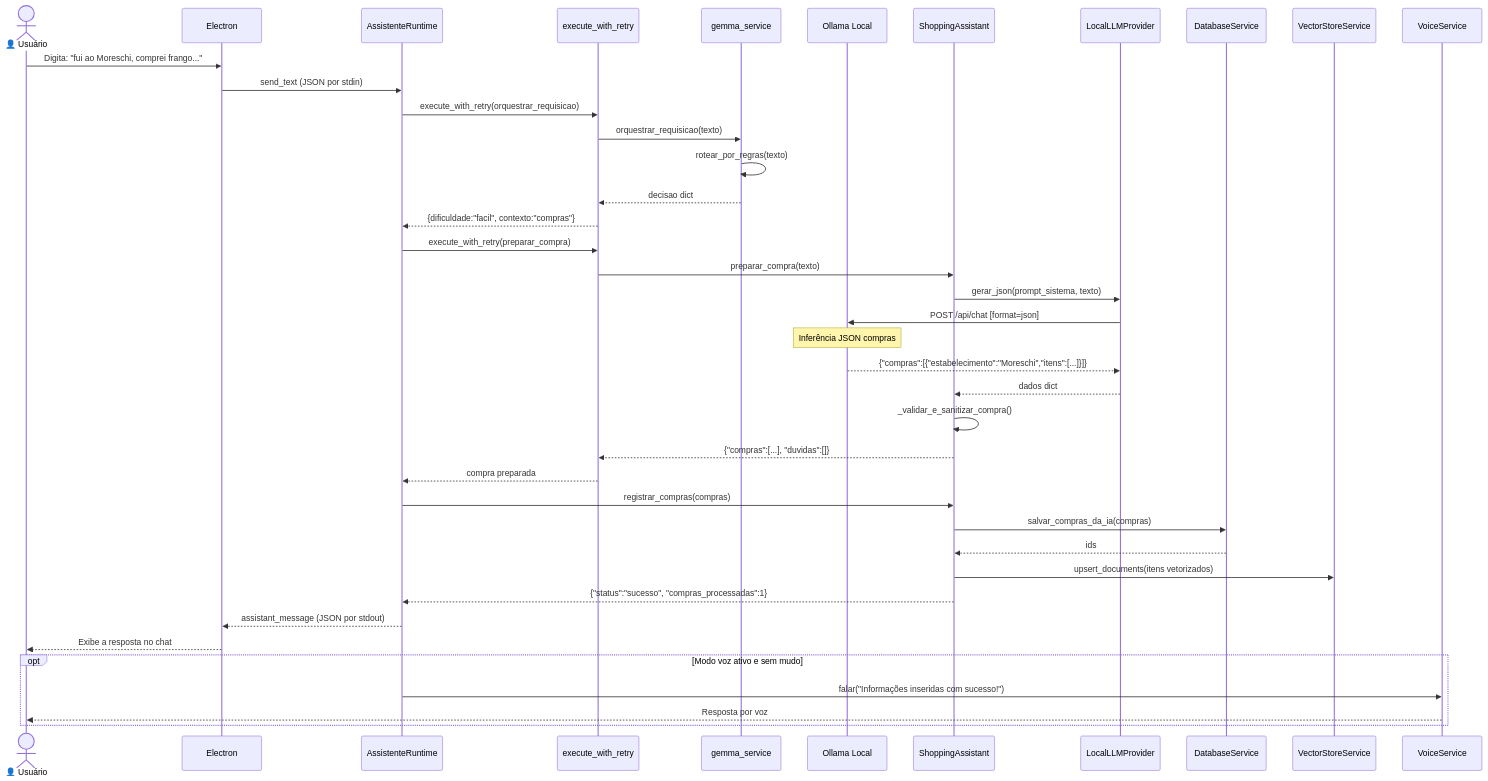
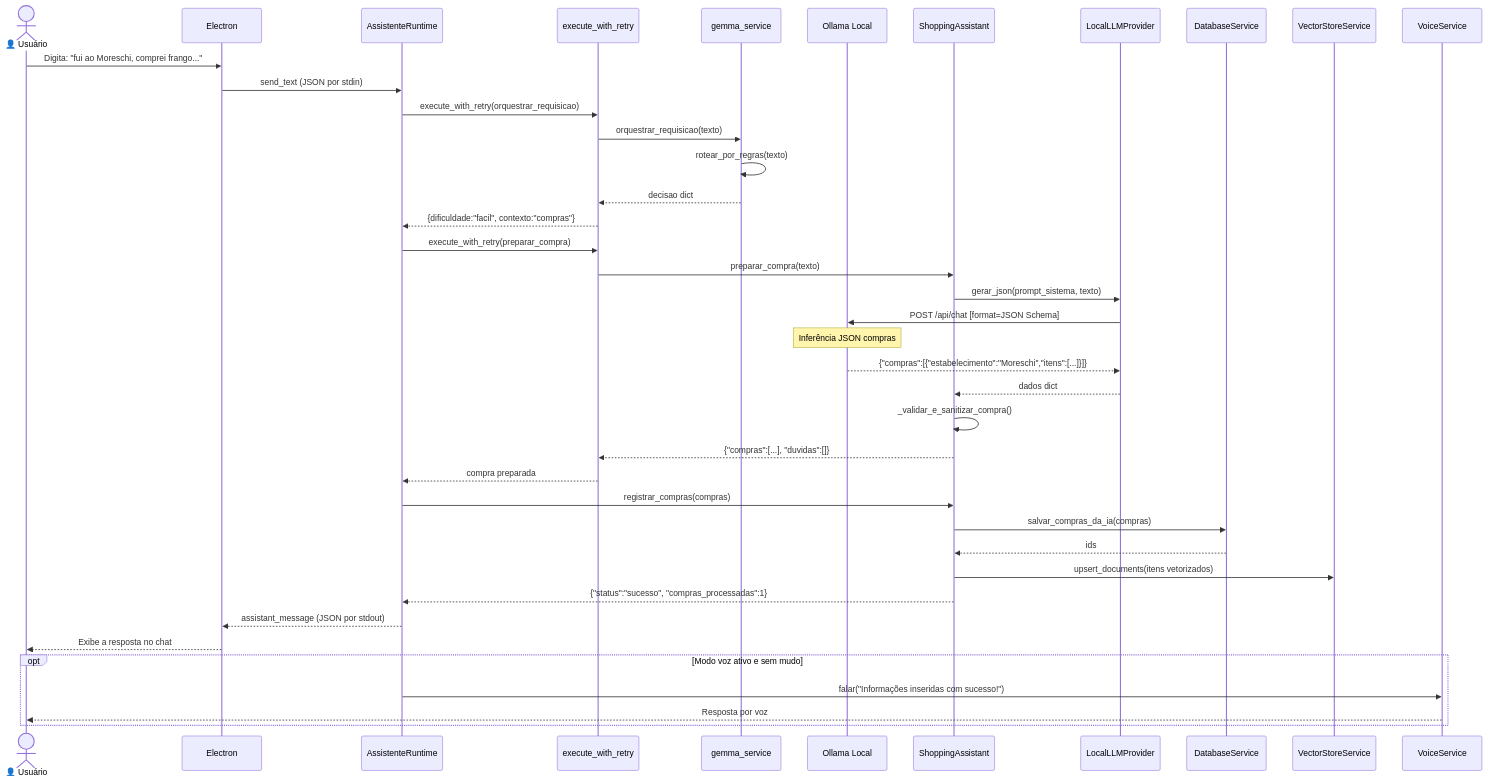
Before and after one commit to Felipe-Stu/assistente-domestico: the fourth of 5 diagrams in Sobre a Versão/05 - Engenharia do Software.md, drawn with Mermaid. The commit also changed other lines of this file and 8 other files, not shown here.

````diff
--- a/Sobre a Versão/05 - Engenharia do Software.md
+++ b/Sobre a Versão/05 - Engenharia do Software.md
@@ -166,46 +169,46 @@
 ```mermaid
 sequenceDiagram
     actor User as 👤 Usuário
     participant UI as Electron
     participant Main as AssistenteRuntime
     participant Retry as execute_with_retry
     participant Gemma as gemma_service
     participant Ollama as Ollama Local
     participant Shopping as ShoppingAssistant
     participant LocalLLM as LocalLLMProvider
     participant DB as DatabaseService
     participant Chroma as VectorStoreService
     participant Voice as VoiceService
 
     User->>UI: Digita: "fui ao Moreschi, comprei frango..."
     UI->>Main: send_text (JSON por stdin)
 
     Main->>Retry: execute_with_retry(orquestrar_requisicao)
     Retry->>Gemma: orquestrar_requisicao(texto)
     Gemma->>Gemma: rotear_por_regras(texto)
     Gemma-->>Retry: decisao dict
     Retry-->>Main: {dificuldade:"facil", contexto:"compras"}
 
     Main->>Retry: execute_with_retry(preparar_compra)
     Retry->>Shopping: preparar_compra(texto)
     Shopping->>LocalLLM: gerar_json(prompt_sistema, texto)
-    LocalLLM->>Ollama: POST /api/chat [format=json]
+    LocalLLM->>Ollama: POST /api/chat [format=JSON Schema]
     Note over Ollama: Inferência JSON compras
     Ollama-->>LocalLLM: {"compras":[{"estabelecimento":"Moreschi","itens":[...]}]}
     LocalLLM-->>Shopping: dados dict
     Shopping->>Shopping: _validar_e_sanitizar_compra()
     Shopping-->>Retry: {"compras":[...], "duvidas":[]}
     Retry-->>Main: compra preparada
     Main->>Shopping: registrar_compras(compras)
     Shopping->>DB: salvar_compras_da_ia(compras)
     DB-->>Shopping: ids
     Shopping->>Chroma: upsert_documents(itens vetorizados)
     Shopping-->>Main: {"status":"sucesso", "compras_processadas":1}
 
     Main-->>UI: assistant_message (JSON por stdout)
     UI-->>User: Exibe a resposta no chat
     opt Modo voz ativo e sem mudo
         Main->>Voice: falar("Informações inseridas com sucesso!")
         Voice-->>User: Resposta por voz
     end
 ```
````
